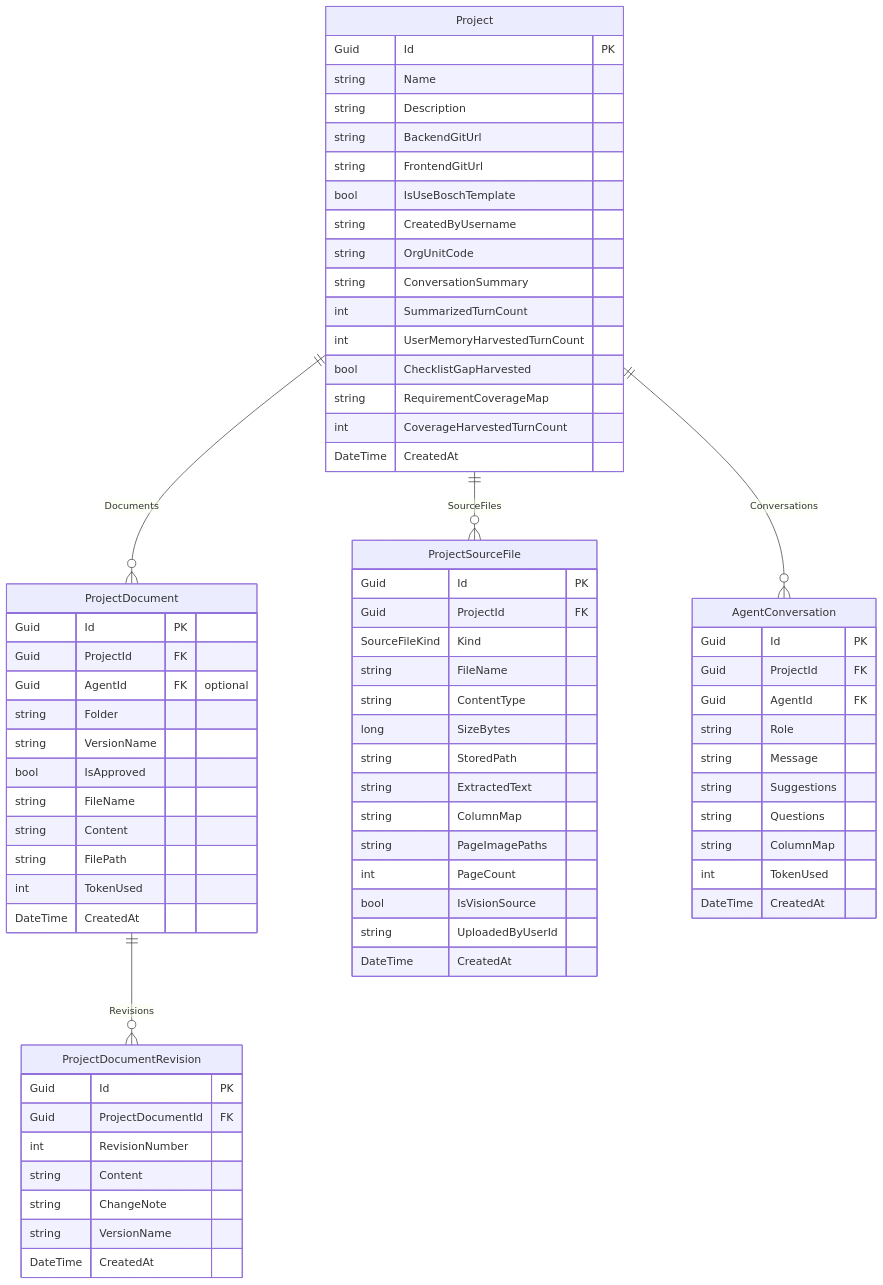
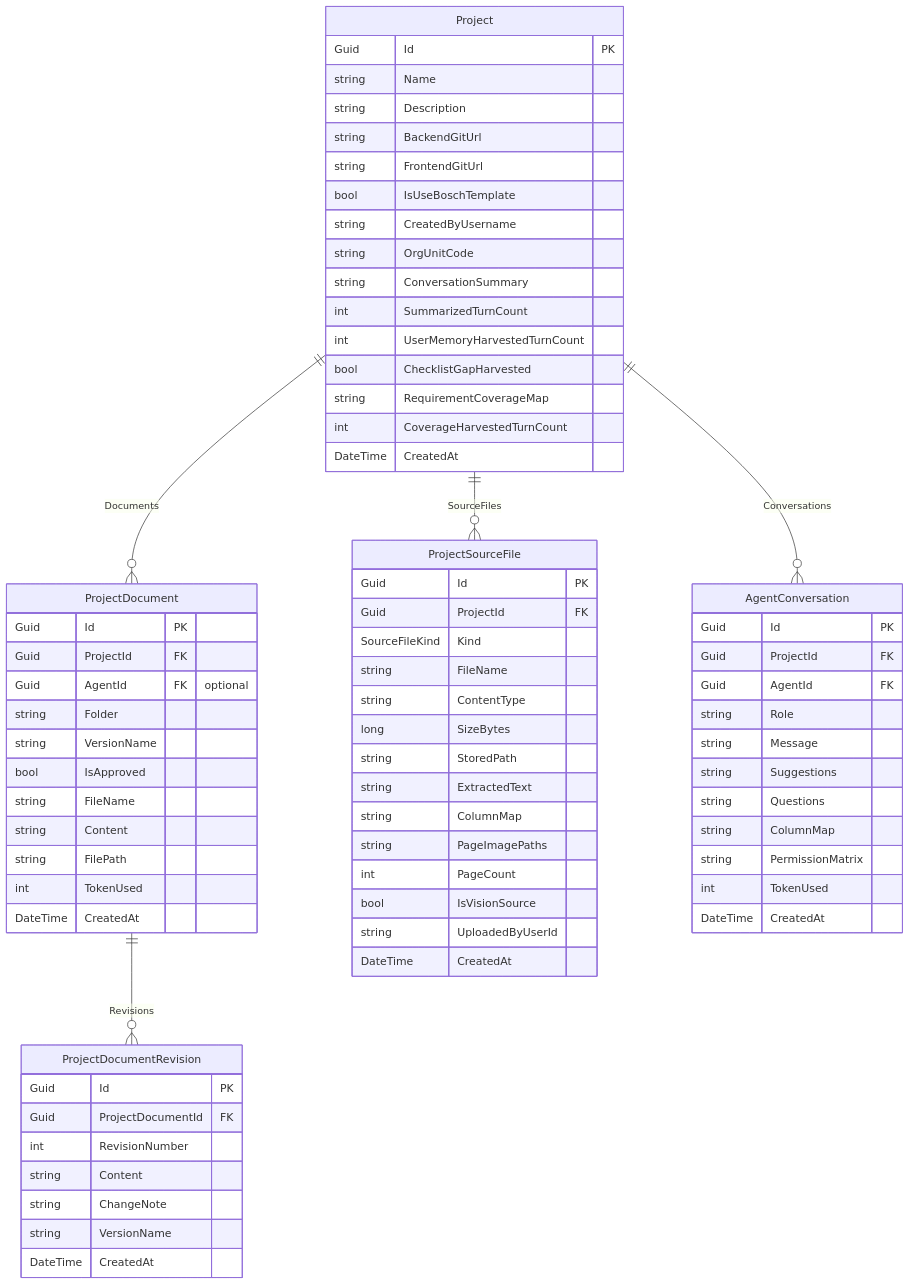
The second of 9 diagrams in docs/data-model.md (Songlong0506/ICOGenerator-v4), drawn with Mermaid before and after one commit. The commit also changed other lines of this file and 33 other files, not shown here.

````diff
--- a/docs/data-model.md
+++ b/docs/data-model.md
@@ -95,79 +95,80 @@
 ```mermaid
 erDiagram
     Project {
         Guid Id PK
         string Name
         string Description
         string BackendGitUrl
         string FrontendGitUrl
         bool IsUseBoschTemplate
         string CreatedByUsername
         string OrgUnitCode
         string ConversationSummary
         int SummarizedTurnCount
         int UserMemoryHarvestedTurnCount
         bool ChecklistGapHarvested
         string RequirementCoverageMap
         int CoverageHarvestedTurnCount
         DateTime CreatedAt
     }
 
     ProjectDocument {
         Guid Id PK
         Guid ProjectId FK
         Guid AgentId FK "optional"
         string Folder
         string VersionName
         bool IsApproved
         string FileName
         string Content
         string FilePath
         int TokenUsed
         DateTime CreatedAt
     }
 
     ProjectDocumentRevision {
         Guid Id PK
         Guid ProjectDocumentId FK
         int RevisionNumber
         string Content
         string ChangeNote
         string VersionName
         DateTime CreatedAt
     }
 
     ProjectSourceFile {
         Guid Id PK
         Guid ProjectId FK
         SourceFileKind Kind
         string FileName
         string ContentType
         long SizeBytes
         string StoredPath
         string ExtractedText
         string ColumnMap
         string PageImagePaths
         int PageCount
         bool IsVisionSource
         string UploadedByUserId
         DateTime CreatedAt
     }
 
     AgentConversation {
         Guid Id PK
         Guid ProjectId FK
         Guid AgentId FK
         string Role
         string Message
         string Suggestions
         string Questions
         string ColumnMap
+        string PermissionMatrix
         int TokenUsed
         DateTime CreatedAt
     }
 
     Project ||--o{ ProjectDocument : Documents
     ProjectDocument ||--o{ ProjectDocumentRevision : Revisions
     Project ||--o{ ProjectSourceFile : SourceFiles
     Project ||--o{ AgentConversation : Conversations
 ```
````
